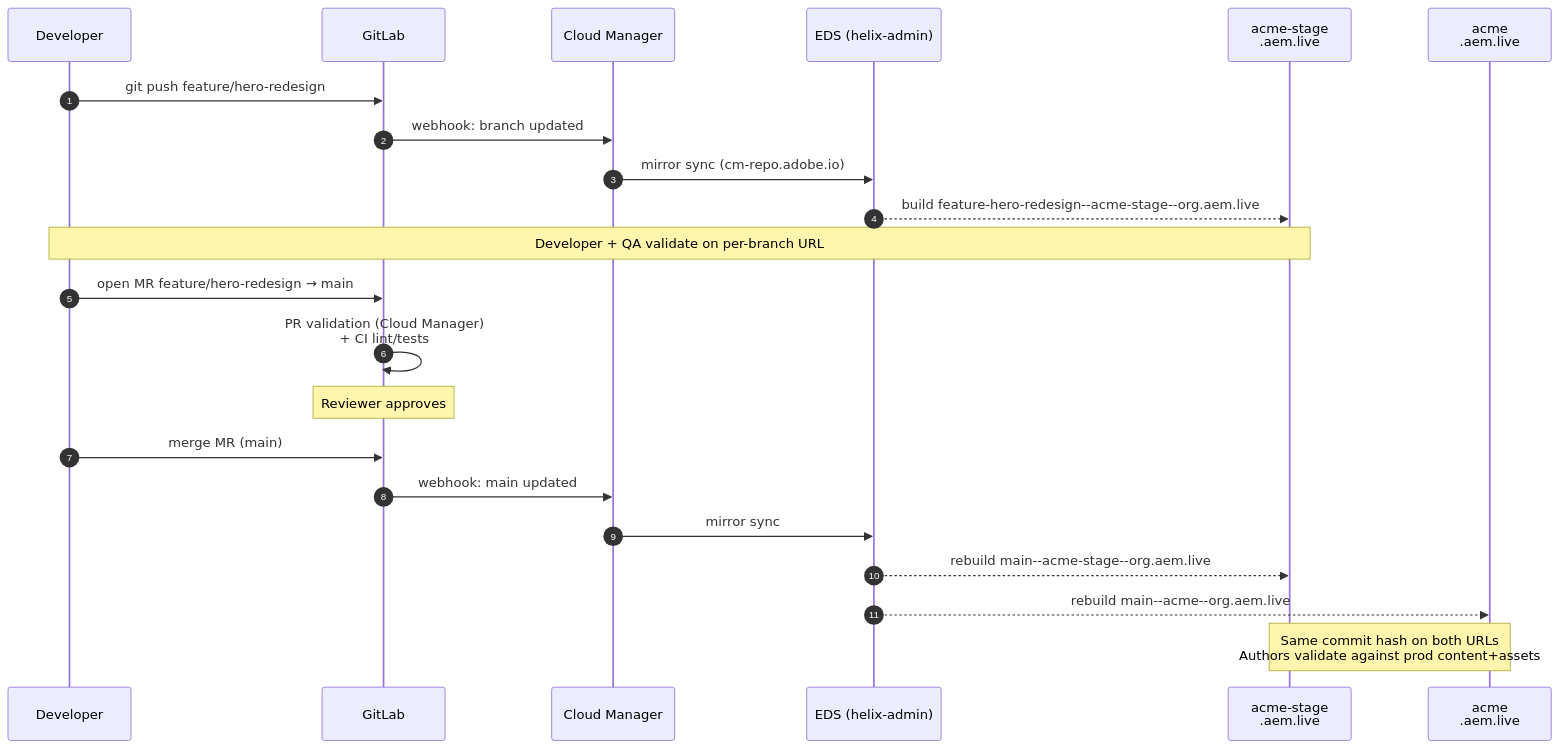
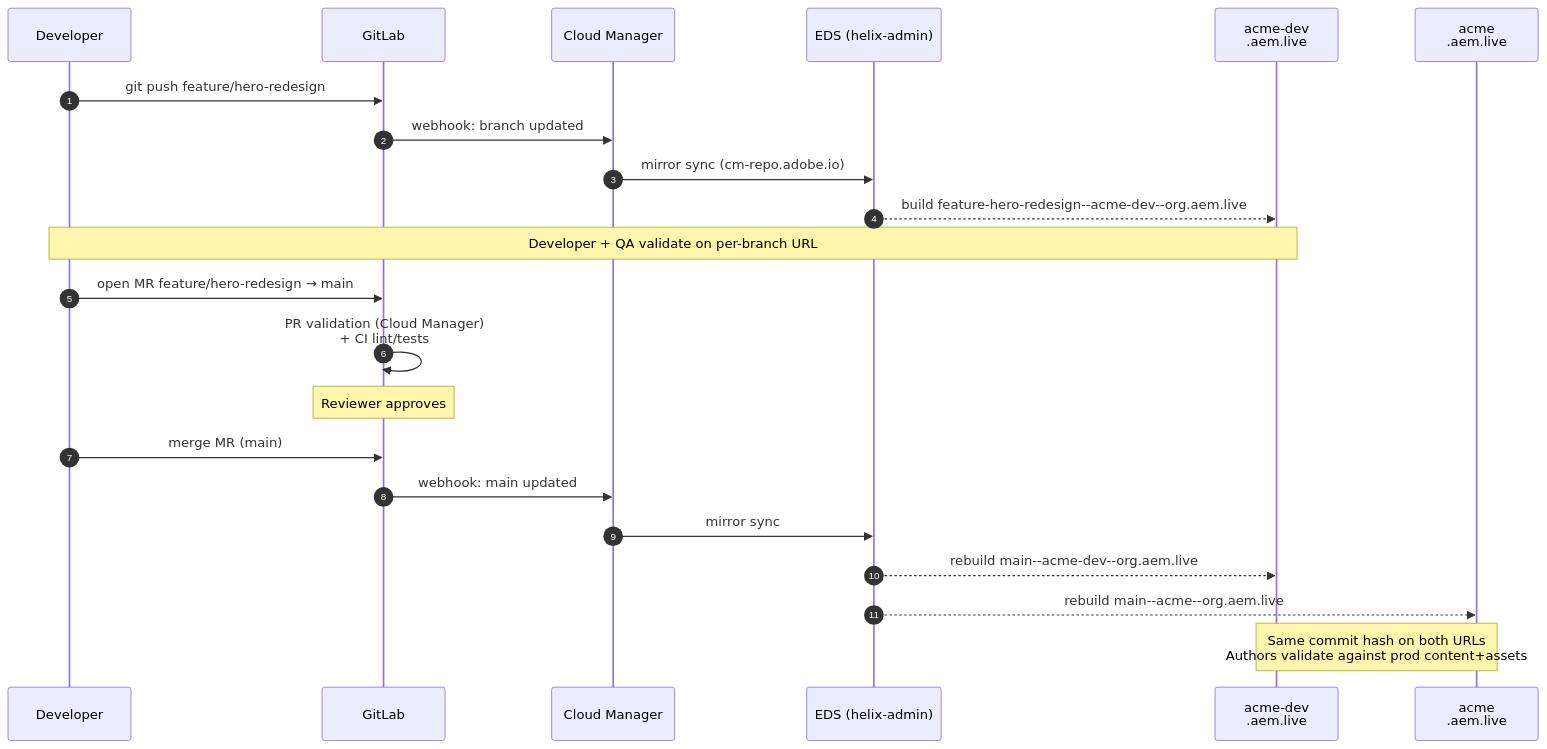
The third of 4 diagrams in docs/eds-multi-environment-summary.md (ak8458/abc-poc), drawn with Mermaid before and after one commit. The commit also changed other lines of this file and 1 other file, not shown here.

````diff
--- a/docs/eds-multi-environment-summary.md
+++ b/docs/eds-multi-environment-summary.md
@@ -178,27 +180,27 @@
 ```mermaid
 sequenceDiagram
     autonumber
     participant Dev as Developer
     participant GL as GitLab
     participant CM as Cloud Manager
     participant EDS as EDS (helix-admin)
-    participant Stage as acme-stage<br/>.aem.live
+    participant IntTrack as acme-dev<br/>.aem.live
     participant Prod as acme<br/>.aem.live
 
     Dev->>GL: git push feature/hero-redesign
     GL->>CM: webhook: branch updated
     CM->>EDS: mirror sync (cm-repo.adobe.io)
-    EDS-->>Stage: build feature-hero-redesign--acme-stage--org.aem.live
-    Note over Dev,Stage: Developer + QA validate on per-branch URL
+    EDS-->>IntTrack: build feature-hero-redesign--acme-dev--org.aem.live
+    Note over Dev,IntTrack: Developer + QA validate on per-branch URL
 
     Dev->>GL: open MR feature/hero-redesign → main
     GL->>GL: PR validation (Cloud Manager)<br/>+ CI lint/tests
     Note over GL: Reviewer approves
 
     Dev->>GL: merge MR (main)
     GL->>CM: webhook: main updated
     CM->>EDS: mirror sync
-    EDS-->>Stage: rebuild main--acme-stage--org.aem.live
+    EDS-->>IntTrack: rebuild main--acme-dev--org.aem.live
     EDS-->>Prod: rebuild main--acme--org.aem.live
-    Note over Stage,Prod: Same commit hash on both URLs<br/>Authors validate against prod content+assets
+    Note over IntTrack,Prod: Same commit hash on both URLs<br/>Authors validate against prod content+assets
 ```
````
